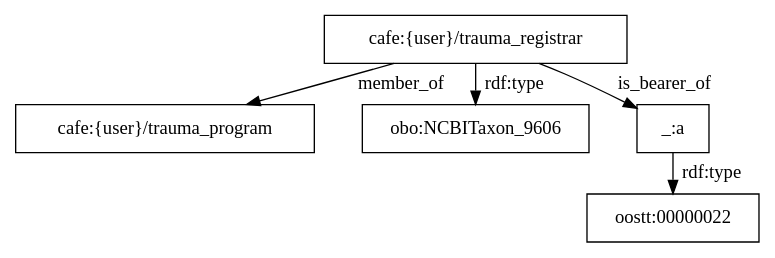
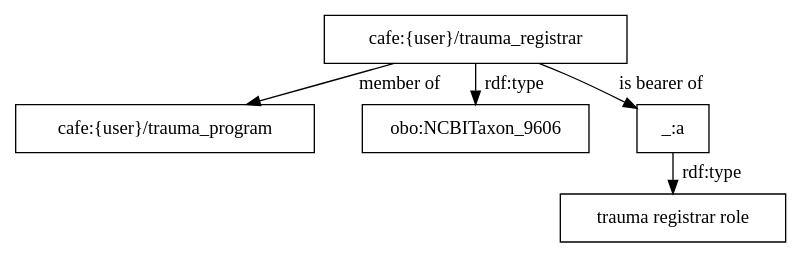
The diagram in cafe/graphs/33.dot (utecht/dideo-server), drawn with Graphviz before and after one commit. The commit also changed 20 other files, not shown here.

Commit message:
more graph syntax

```diff
--- a/cafe/graphs/33.dot
+++ b/cafe/graphs/33.dot
@@ -1,7 +1,7 @@
 digraph g { node [shape=rectangle];
 graph [splines=true, nodesep=.5, ranksep=0, overlap=false];
-"cafe:{user}/trauma_registrar" -> "cafe:{user}/trauma_program" [label="member_of"]
+"cafe:{user}/trauma_registrar" -> "cafe:{user}/trauma_program" [label="member of"]
 "cafe:{user}/trauma_registrar" -> "obo:NCBITaxon_9606" [label="rdf:type"]
-"cafe:{user}/trauma_registrar" -> "_:a" [label="is_bearer_of"]
-"_:a" -> "oostt:00000022" [label="rdf:type"]
+"cafe:{user}/trauma_registrar" -> "_:a" [label="is bearer of"]
+"_:a" -> "trauma registrar role" [label="rdf:type"]
 }
```
